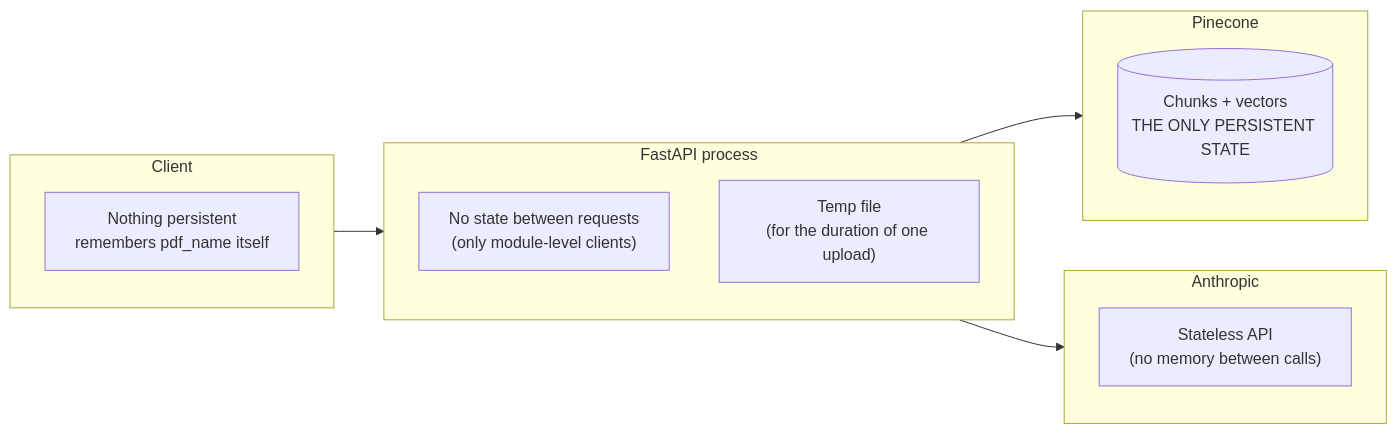
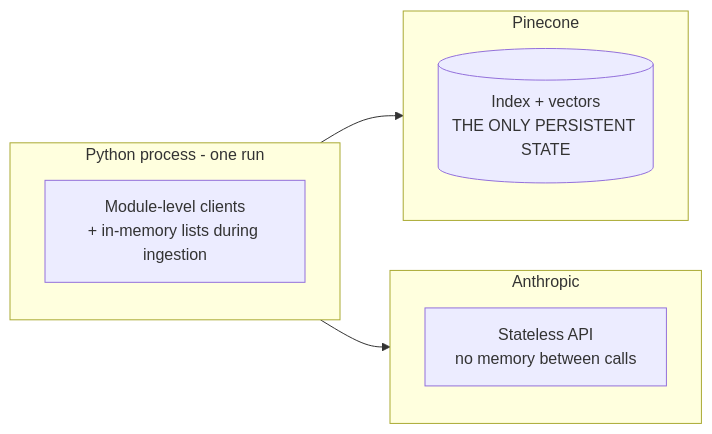
One commit to lsolor/korg-pdf-qa changed the ninth of 19 diagrams in ARCHITECTURE.md. Above: the diagram before and after it, drawn with Mermaid. The commit also changed other lines of this file, not shown here.

First line of the commit message:
Update ARCHITECTURE.md for the script-based RAG pipeline

````diff
--- a/ARCHITECTURE.md
+++ b/ARCHITECTURE.md
@@ -367,18 +377,14 @@
 ```mermaid
 flowchart LR
-    subgraph client [Client]
-        cs["Nothing persistent<br/>remembers pdf_name itself"]
-    end
-    subgraph server [FastAPI process]
-        ss["No state between requests<br/>(only module-level clients)"]
-        tmp["Temp file<br/>(for the duration of one upload)"]
+    subgraph proc [Python process - one run]
+        s1["Module-level clients<br/>+ in-memory lists during ingestion"]
     end
     subgraph pc [Pinecone]
-        vs[("Chunks + vectors<br/>THE ONLY PERSISTENT STATE")]
+        s2[("Index + vectors<br/>THE ONLY PERSISTENT STATE")]
     end
     subgraph an [Anthropic]
-        as["Stateless API<br/>(no memory between calls)"]
+        s3["Stateless API<br/>no memory between calls"]
     end
-    client --> server --> pc
-    server --> an
+    proc --> pc
+    proc --> an
 ```
````
